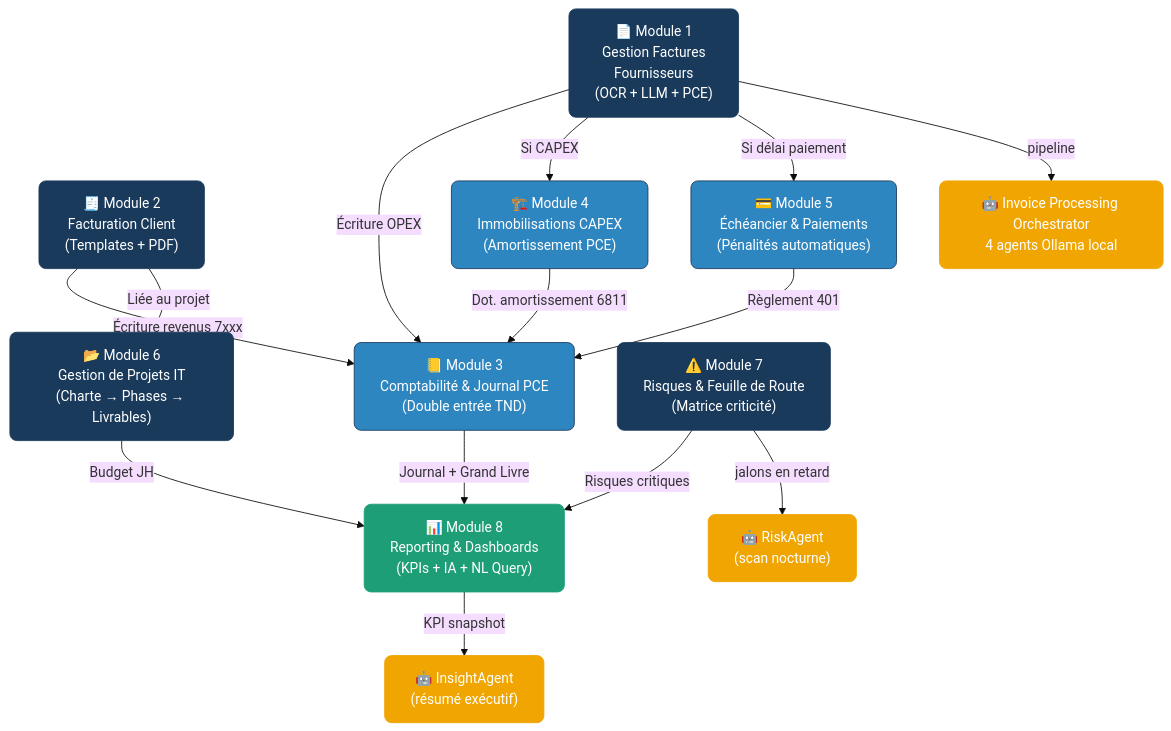
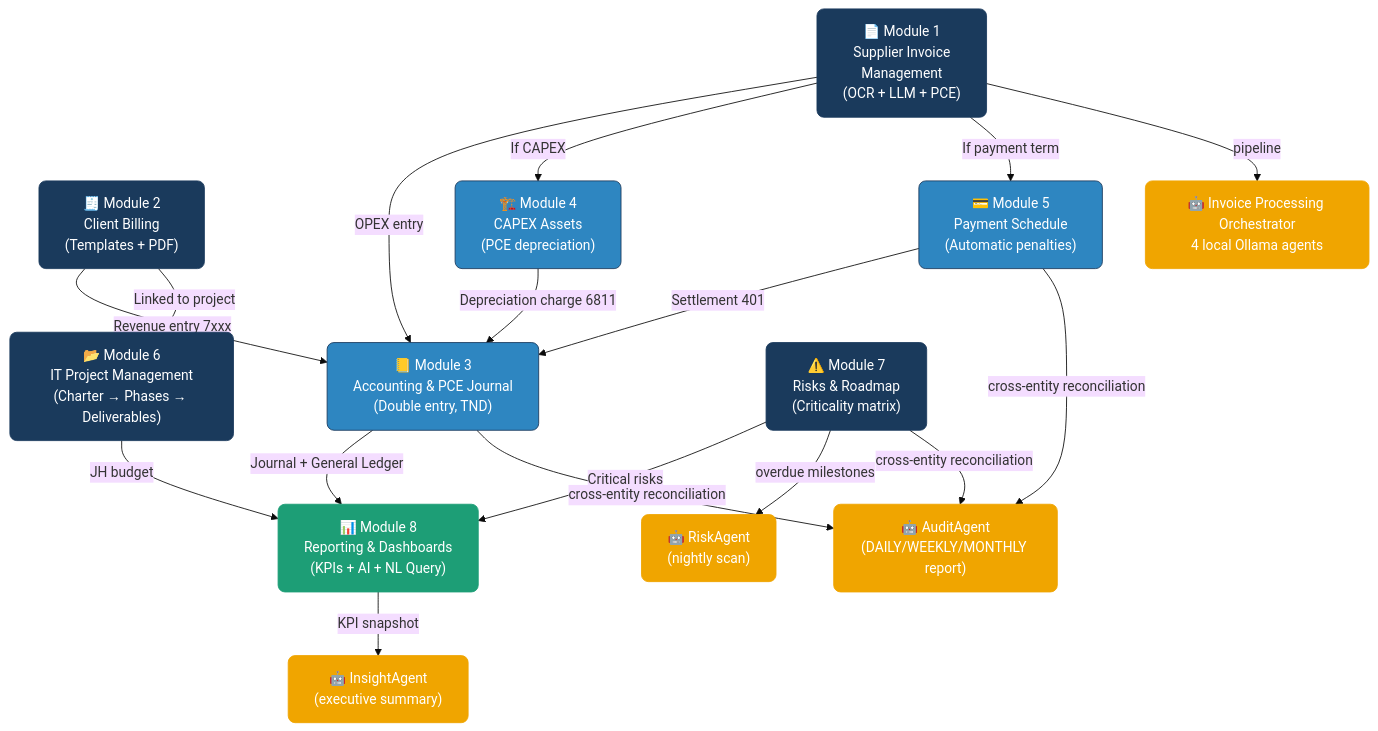
One commit to bayaCh05/biat-billing-agent changed the diagram in docs/diagrams/02_architecture_fonctionnelle.md. Above: the diagram before and after it, drawn with Mermaid (base theme). The commit also changed 22 other files, not shown here.

````diff
--- a/docs/diagrams/02_architecture_fonctionnelle.md
+++ b/docs/diagrams/02_architecture_fonctionnelle.md
@@ -4,43 +4,45 @@
 ```mermaid
 flowchart TB
   classDef module fill:#1A3A5C,color:#fff,stroke:#1A3A5C,rx:8
   classDef flow fill:#2E86C1,color:#fff,stroke:#2E86C1
   classDef ai fill:#F0A500,color:#fff,stroke:#F0A500,rx:8
   classDef report fill:#1D9E76,color:#fff,stroke:#1D9E76,rx:8
 
-  M1["📄 Module 1\nGestion Factures\nFournisseurs\n(OCR + LLM + PCE)"]:::module
-  M2["🧾 Module 2\nFacturation Client\n(Templates + PDF)"]:::module
-  M3["📒 Module 3\nComptabilité & Journal PCE\n(Double entrée TND)"]:::module
-  M4["🏗️ Module 4\nImmobilisations CAPEX\n(Amortissement PCE)"]:::module
-  M5["💳 Module 5\nÉchéancier & Paiements\n(Pénalités automatiques)"]:::module
-  M6["📂 Module 6\nGestion de Projets IT\n(Charte → Phases → Livrables)"]:::module
-  M7["⚠️ Module 7\nRisques & Feuille de Route\n(Matrice criticité)"]:::module
-  M8["📊 Module 8\nReporting & Dashboards\n(KPIs + IA + NL Query)"]:::report
+  M1["📄 Module 1\nSupplier Invoice\nManagement\n(OCR + LLM + PCE)"]:::module
+  M2["🧾 Module 2\nClient Billing\n(Templates + PDF)"]:::module
+  M3["📒 Module 3\nAccounting & PCE Journal\n(Double entry, TND)"]:::module
+  M4["🏗️ Module 4\nCAPEX Assets\n(PCE depreciation)"]:::module
+  M5["💳 Module 5\nPayment Schedule\n(Automatic penalties)"]:::module
+  M6["📂 Module 6\nIT Project Management\n(Charter → Phases → Deliverables)"]:::module
+  M7["⚠️ Module 7\nRisks & Roadmap\n(Criticality matrix)"]:::module
+  M8["📊 Module 8\nReporting & Dashboards\n(KPIs + AI + NL Query)"]:::report
 
-  AI1["🤖 Invoice Processing Orchestrator\n4 agents Ollama local"]:::ai
-  AI2["🤖 RiskAgent\n(scan nocturne)"]:::ai
-  AI3["🤖 InsightAgent\n(résumé exécutif)"]:::ai
+  AI1["🤖 Invoice Processing Orchestrator\n4 local Ollama agents"]:::ai
+  AI2["🤖 RiskAgent\n(nightly scan)"]:::ai
+  AI3["🤖 InsightAgent\n(executive summary)"]:::ai
+  AI4["🤖 AuditAgent\n(DAILY/WEEKLY/MONTHLY report)"]:::ai
 
-  M1 -->|"Écriture OPEX"| M3
-  M1 -->|"Si CAPEX"| M4
-  M1 -->|"Si délai paiement"| M5
-  M2 -->|"Écriture revenus 7xxx"| M3
-  M2 -->|"Liée au projet"| M6
-  M4 -->|"Dot. amortissement 6811"| M3
-  M5 -->|"Règlement 401"| M3
-  M6 -->|"Budget JH"| M8
-  M7 -->|"Risques critiques"| M8
-  M3 -->|"Journal + Grand Livre"| M8
+  M1 -->|"OPEX entry"| M3
+  M1 -->|"If CAPEX"| M4
+  M1 -->|"If payment term"| M5
+  M2 -->|"Revenue entry 7xxx"| M3
+  M2 -->|"Linked to project"| M6
+  M4 -->|"Depreciation charge 6811"| M3
+  M5 -->|"Settlement 401"| M3
+  M6 -->|"JH budget"| M8
+  M7 -->|"Critical risks"| M8
+  M3 -->|"Journal + General Ledger"| M8
   M1 -->|"pipeline"| AI1
-  M7 -->|"jalons en retard"| AI2
+  M7 -->|"overdue milestones"| AI2
   M8 -->|"KPI snapshot"| AI3
+  M3 & M5 & M7 -->|"cross-entity reconciliation"| AI4
 
   style M1 fill:#1A3A5C,color:#fff
   style M2 fill:#1A3A5C,color:#fff
   style M3 fill:#2E86C1,color:#fff
   style M4 fill:#2E86C1,color:#fff
   style M5 fill:#2E86C1,color:#fff
   style M6 fill:#1A3A5C,color:#fff
   style M7 fill:#1A3A5C,color:#fff
   style M8 fill:#1D9E76,color:#fff
 ```
````
